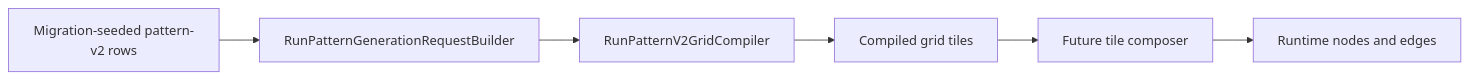
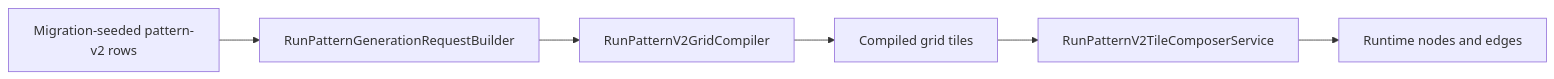
The fifth of 5 diagrams in documentation/09-active-system-structure/05-run-node-generation.md (NickGrant/DiceGoblin), drawn with Mermaid before and after one commit. The commit also changed other lines of this file and 10 other files, not shown here.

````diff
--- a/documentation/09-active-system-structure/05-run-node-generation.md
+++ b/documentation/09-active-system-structure/05-run-node-generation.md
@@ -153,8 +153,8 @@
 ```mermaid
 flowchart LR
   A[Migration-seeded pattern-v2 rows] --> B[RunPatternGenerationRequestBuilder]
   B --> C[RunPatternV2GridCompiler]
   C --> D[Compiled grid tiles]
-  D --> E[Future tile composer]
+  D --> E[RunPatternV2TileComposerService]
   E --> F[Runtime nodes and edges]
 ```
````
